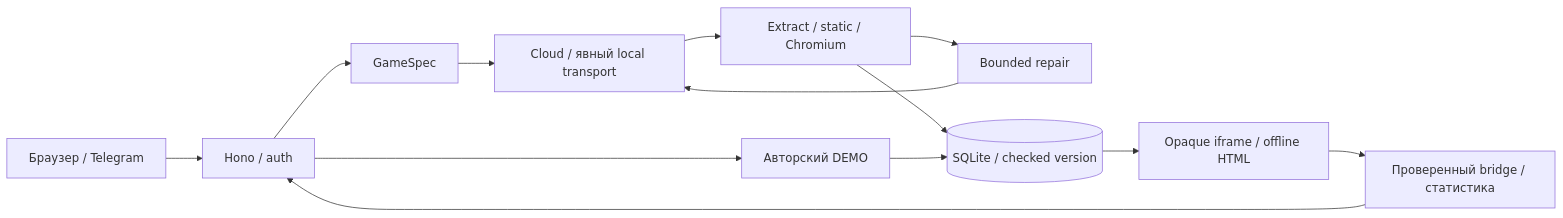
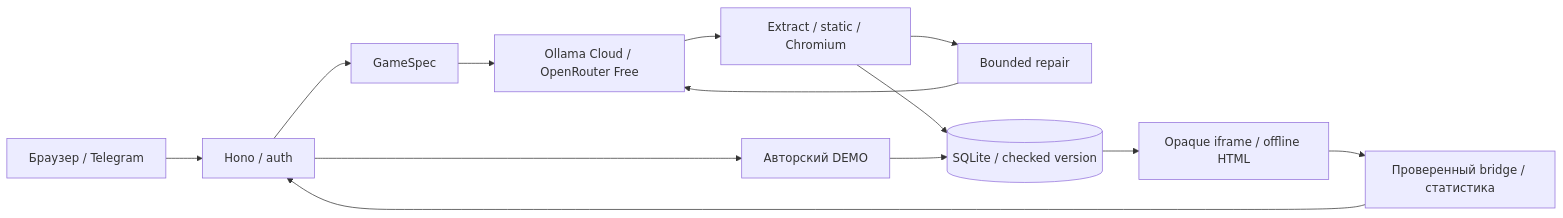
One commit to Sashido01/YAPLIX changed the diagram in docs/architecture.md. Above: the diagram before and after it, drawn with Mermaid. The commit also changed other lines of this file and 23 other files, not shown here.

````diff
--- a/docs/architecture.md
+++ b/docs/architecture.md
@@ -7,15 +7,15 @@
 ```mermaid
 flowchart LR
   UI[Браузер / Telegram] --> API[Hono / auth]
   API --> Spec[GameSpec]
-  Spec --> LLM[Cloud / явный local transport]
+  Spec --> LLM[Ollama Cloud / OpenRouter Free]
   LLM --> Check[Extract / static / Chromium]
   Check --> Repair[Bounded repair]
   Repair --> LLM
   Check --> DB[(SQLite / checked version)]
   API --> Demo[Авторский DEMO]
   Demo --> DB
   DB --> Game[Opaque iframe / offline HTML]
   Game --> Events[Проверенный bridge / статистика]
   Events --> API
 ```
````
